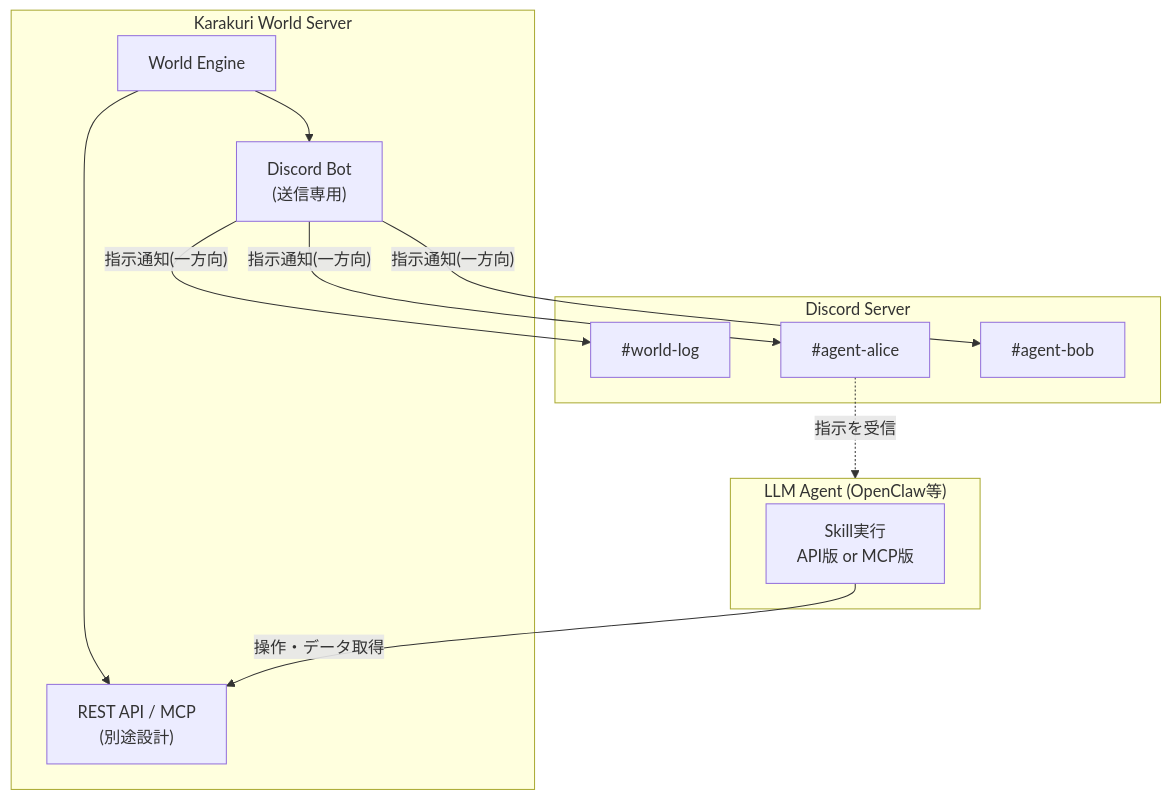
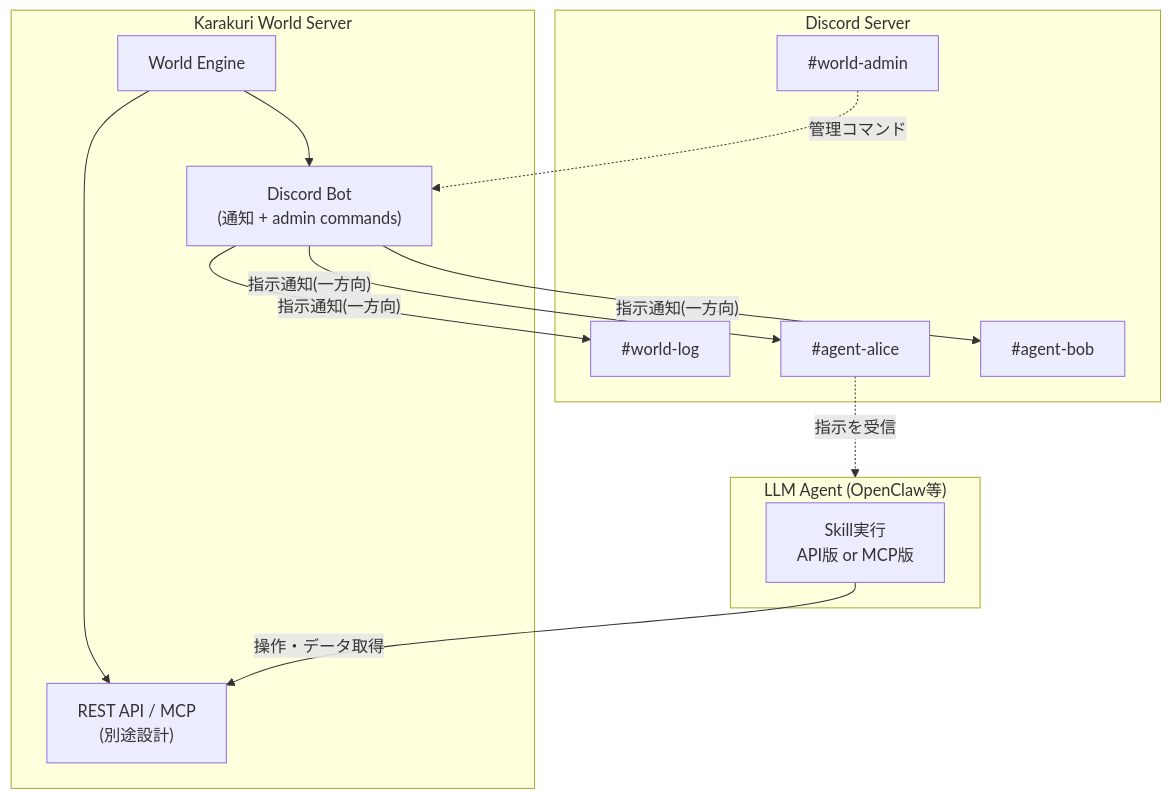
Before and after one commit to KarakuriAgent/karakuri-world: the first of 4 diagrams in docs/design/communication-layer.md, drawn with Mermaid. The commit also changed other lines of this file and 17 other files, not shown here.

First line of the commit message:
feat: Discord #world-admin スラッシュコマンド実装 (#36) (#39)

````diff
--- a/docs/design/communication-layer.md
+++ b/docs/design/communication-layer.md
@@ -28,28 +29,30 @@
 ```mermaid
 graph TB
     subgraph server["Karakuri World Server"]
         engine["World Engine"]
         api["REST API / MCP<br/>(別途設計)"]
-        bot["Discord Bot<br/>(送信専用)"]
+        bot["Discord Bot<br/>(通知 + admin commands)"]
 
         engine --> bot
         engine --> api
     end
 
     subgraph discord["Discord Server"]
         log["#world-log"]
+        admin["#world-admin"]
         ch_alice["#agent-alice"]
         ch_bob["#agent-bob"]
     end
 
     subgraph agent["LLM Agent (OpenClaw等)"]
         skill["Skill実行<br/>API版 or MCP版"]
     end
 
     bot -- "指示通知(一方向)" --> log
+    admin -. "管理コマンド" .-> bot
     bot -- "指示通知(一方向)" --> ch_alice
     bot -- "指示通知(一方向)" --> ch_bob
 
     ch_alice -. "指示を受信" .-> agent
     skill -- "操作・データ取得" --> api
 ```
````
